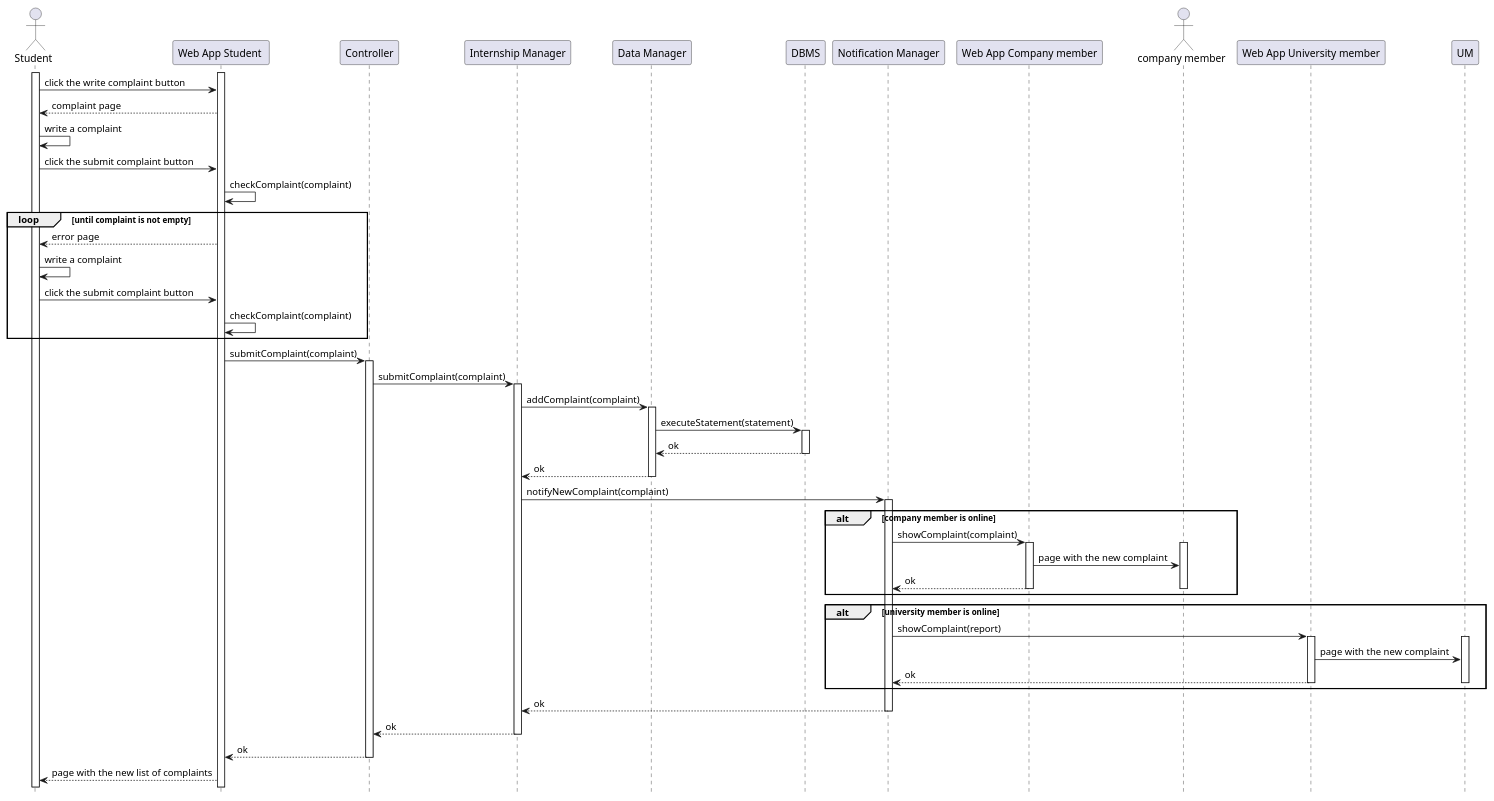
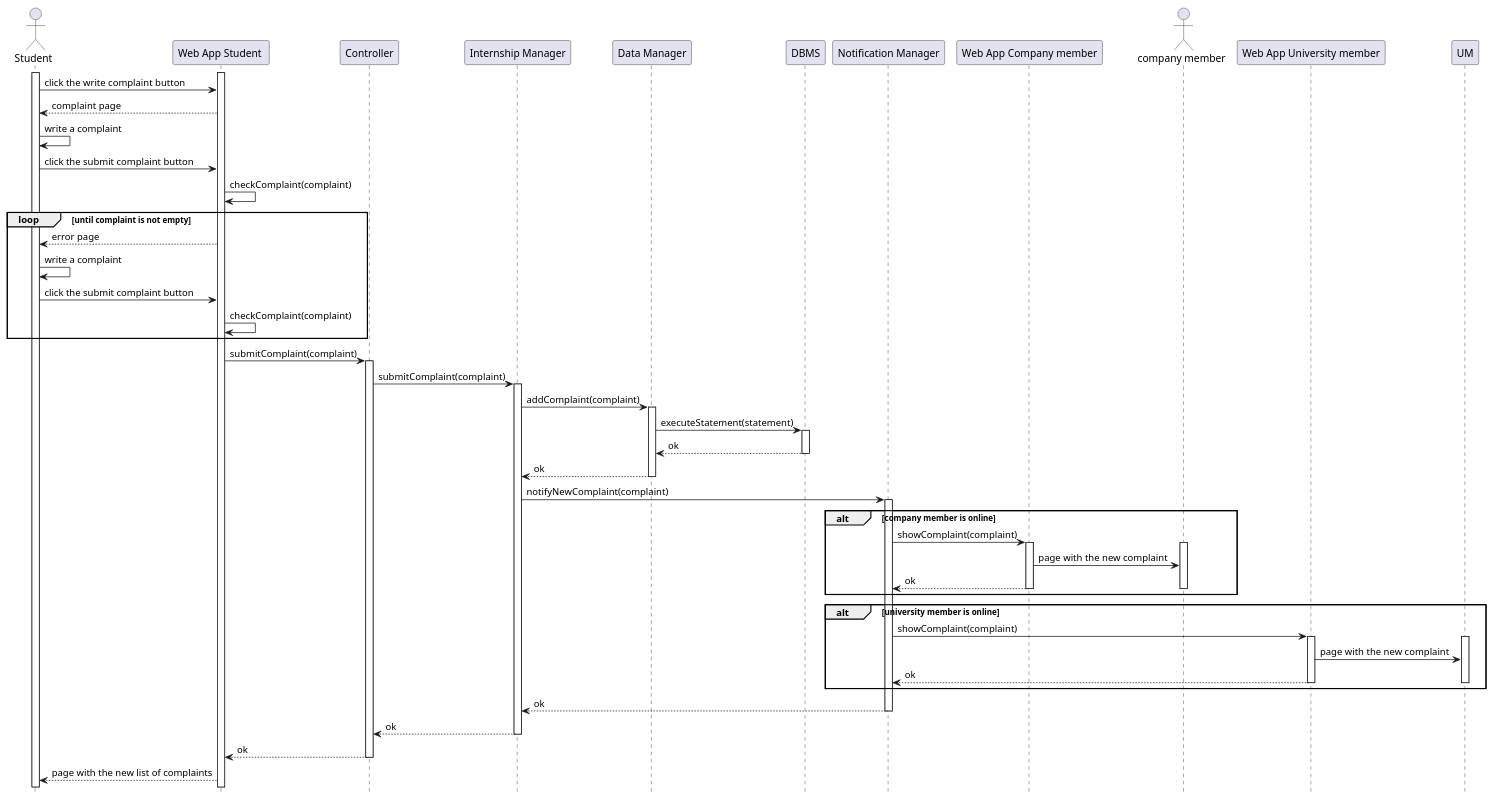
The diagram in DD/Architectural_design/uml_diagrams/RV26_diagram.puml (matti8702/R_and_DD_project_SE2), drawn with PlantUML before and after one commit. The commit also changed 3 other files, not shown here.

```diff
--- a/DD/Architectural_design/uml_diagrams/RV26_diagram.puml
+++ b/DD/Architectural_design/uml_diagrams/RV26_diagram.puml
@@ -1,68 +1,68 @@
 @startuml RV26
 hide footbox
 
 actor "Student" as ST
 participant "Web App Student " AS WAST
 participant "Controller" as C
 participant "Internship Manager" as IM
 participant "Data Manager" as DM
 participant "DBMS" as DB
 participant "Notification Manager" as NM
 participant "Web App Company member" AS WACM
 actor "company member" as CM
 participant "Web App University member" AS WAUM
 
 activate ST
 activate WAST
 
 ST -> WAST : click the write complaint button
 WAST --> ST : complaint page
 ST -> ST  : write a complaint
 ST -> WAST : click the submit complaint button
 WAST -> WAST : checkComplaint(complaint)
 loop until complaint is not empty
     WAST --> ST : error page
     ST -> ST : write a complaint
     ST -> WAST : click the submit complaint button
     WAST -> WAST : checkComplaint(complaint)
 end
 WAST -> C  : submitComplaint(complaint)
 activate C
 C -> IM    : submitComplaint(complaint)
 activate IM
 IM -> DM   : addComplaint(complaint)
 activate DM
 DM -> DB   : executeStatement(statement)
 activate DB
 DB --> DM  : ok
 deactivate DB
 DM --> IM  : ok
 deactivate DM
 IM -> NM  : notifyNewComplaint(complaint)
 activate NM
 alt company member is online
     NM -> WACM : showComplaint(complaint)
     activate WACM
     activate CM
     WACM -> CM : page with the new complaint
     WACM --> NM : ok
     deactivate WACM
     deactivate CM
 end 
 alt university member is online
-    NM -> WAUM : showComplaint(report)
+    NM -> WAUM : showComplaint(complaint)
     activate WAUM
     activate UM
     WAUM -> UM : page with the new complaint
     WAUM --> NM : ok
     deactivate WAUM
     deactivate UM
 end 
 NM --> IM : ok
 deactivate NM
 IM --> C : ok
 deactivate IM
 C --> WAST : ok
 deactivate C
 WAST --> ST : page with the new list of complaints
 @enduml
```
